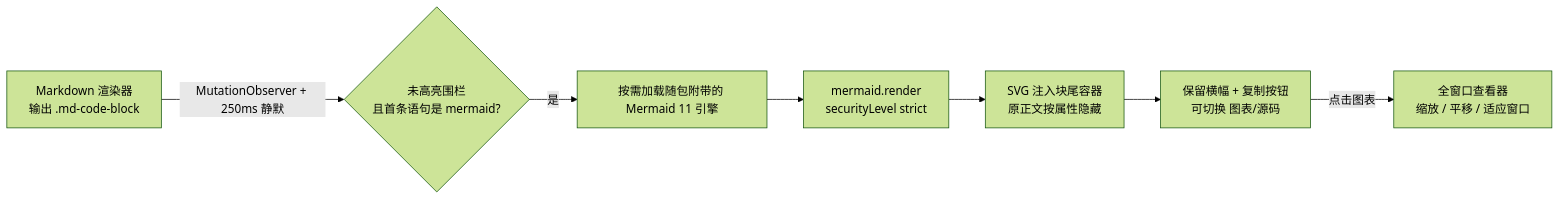
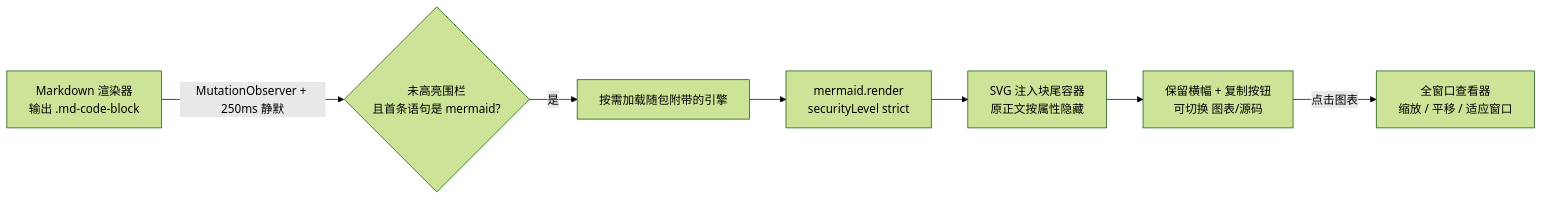
One commit to realguan/dsh-mermaid-preview changed the diagram in README.md. Above: the diagram before and after it, drawn with Mermaid (forest theme). The commit also changed other lines of this file and 23 other files, not shown here.

First line of the commit message:
docs: README 重写 —— 以安装为主线，配真实渲染截图

````diff
--- a/README.md
+++ b/README.md
@@ -142,9 +221,9 @@
 ```mermaid
 flowchart LR
     A[Markdown 渲染器<br/>输出 .md-code-block] -->|MutationObserver + 250ms 静默| B{未高亮围栏<br/>且首条语句是 mermaid?}
-    B -->|是| C[按需加载随包附带的 Mermaid 11 引擎]
+    B -->|是| C[按需加载随包附带的引擎]
     C --> D[mermaid.render<br/>securityLevel strict]
     D --> E[SVG 注入块尾容器<br/>原正文按属性隐藏]
     E --> F[保留横幅 + 复制按钮<br/>可切换 图表/源码]
     F -->|点击图表| G[全窗口查看器<br/>缩放 / 平移 / 适应窗口]
 ```
````
